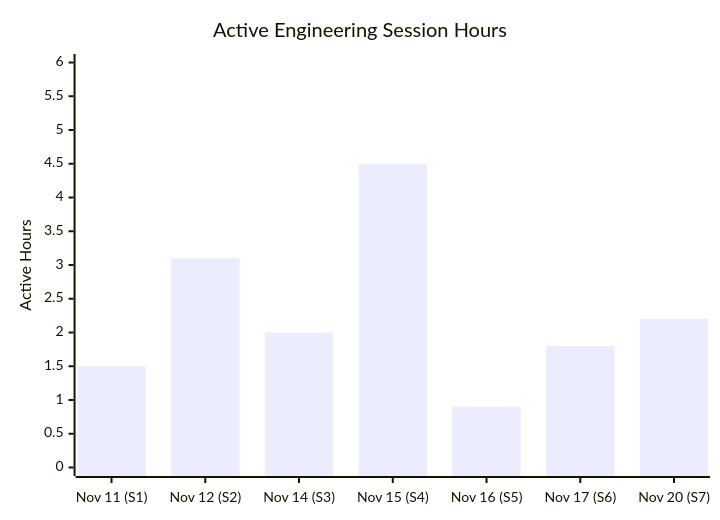
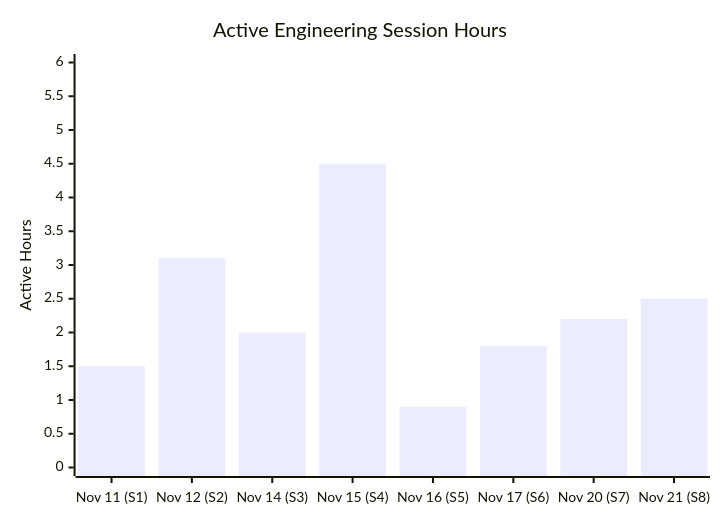
Before and after one commit to Rx4445/job-agent-: the first of 3 diagrams in METRICS.md, drawn with Mermaid. The commit also changed other lines of this file and 4 other files, not shown here.

````diff
--- a/METRICS.md
+++ b/METRICS.md
@@ -10,7 +10,7 @@
 ```mermaid
 xychart-beta
     title "Active Engineering Session Hours"
-    x-axis ["Nov 11 (S1)", "Nov 12 (S2)", "Nov 14 (S3)", "Nov 15 (S4)", "Nov 16 (S5)", "Nov 17 (S6)", "Nov 20 (S7)"]
+    x-axis ["Nov 11 (S1)", "Nov 12 (S2)", "Nov 14 (S3)", "Nov 15 (S4)", "Nov 16 (S5)", "Nov 17 (S6)", "Nov 20 (S7)", "Nov 21 (S8)"]
     y-axis "Active Hours" 0 --> 6
-    bar [1.5, 3.1, 2.0, 4.5, 0.9, 1.8, 2.2]
+    bar [1.5, 3.1, 2.0, 4.5, 0.9, 1.8, 2.2, 2.5]
 ```
````
